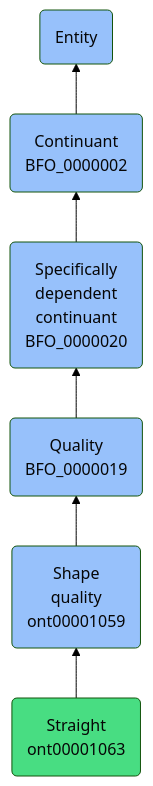
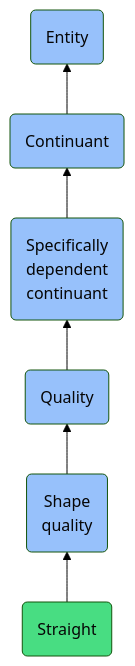
One commit to jupyter-naas/abi changed the diagram in docs/ontology/reference/model/Entity/Continuant/Specifically dependent continuant/Quality/Shape quality/Straight/Straight.md. Above: the diagram before and after it, drawn with Mermaid (forest theme). The commit also changed other lines of this file and 1430 other files, not shown here.

````diff
--- a/docs/ontology/reference/model/Entity/Continuant/Specifically dependent continuant/Quality/Shape quality/Straight/Straight.md
+++ b/docs/ontology/reference/model/Entity/Continuant/Specifically dependent continuant/Quality/Shape quality/Straight/Straight.md
@@ -24,13 +24,13 @@
 ```mermaid
 graph BT
-    ont00001063(Straight<br>ont00001063):::ABI-->ont00001059
-    ont00001059(Shape<br>quality<br>ont00001059):::BFO-->BFO_0000019
-    BFO_0000019(Quality<br>BFO_0000019):::BFO-->BFO_0000020
-    BFO_0000020(Specifically<br>dependent<br>continuant<br>BFO_0000020):::BFO-->BFO_0000002
-    BFO_0000002(Continuant<br>BFO_0000002):::BFO-->BFO_0000001
+    ont00001063(Straight):::ABI-->ont00001059
+    ont00001059(Shape<br>quality):::BFO-->BFO_0000019
+    BFO_0000019(Quality):::BFO-->BFO_0000020
+    BFO_0000020(Specifically<br>dependent<br>continuant):::BFO-->BFO_0000002
+    BFO_0000002(Continuant):::BFO-->BFO_0000001
     BFO_0000001(Entity):::BFO
     
     classDef BFO fill:#97c1fb,color:#060606
     classDef CCO fill:#e4c51e,color:#060606
     classDef ABI fill:#48DD82,color:#060606
 ```
````
